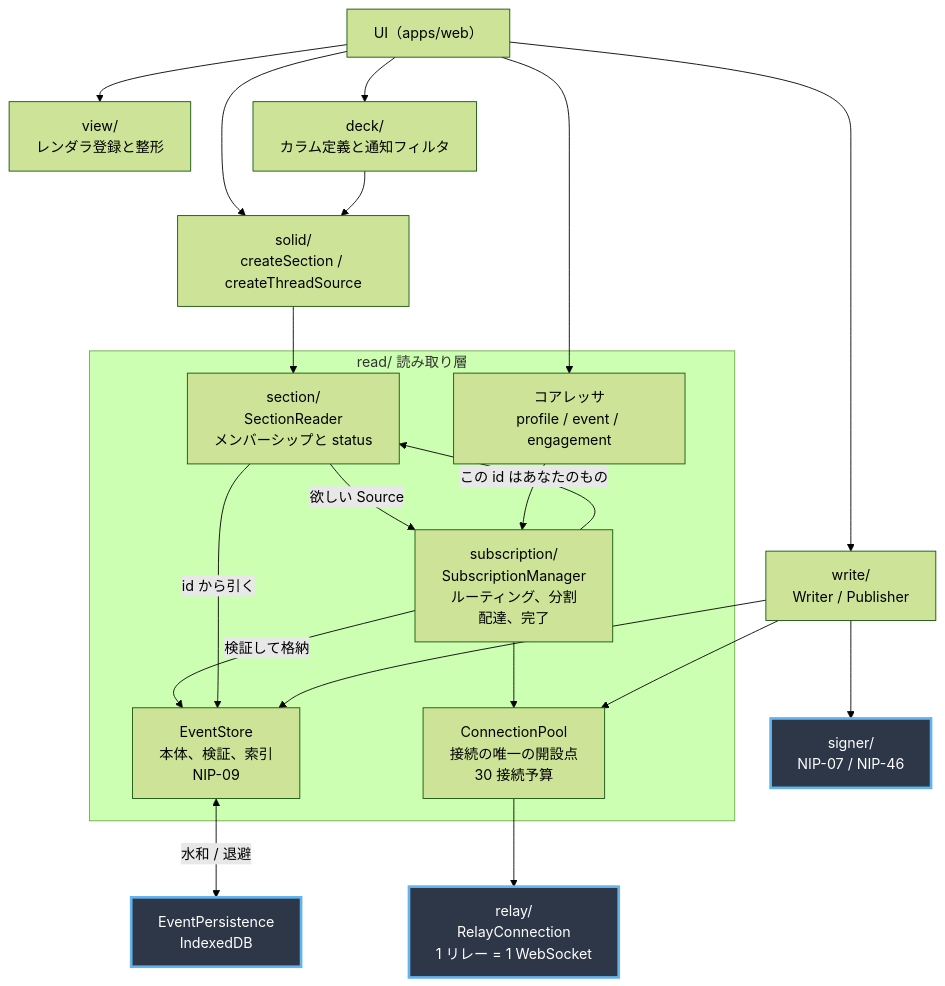
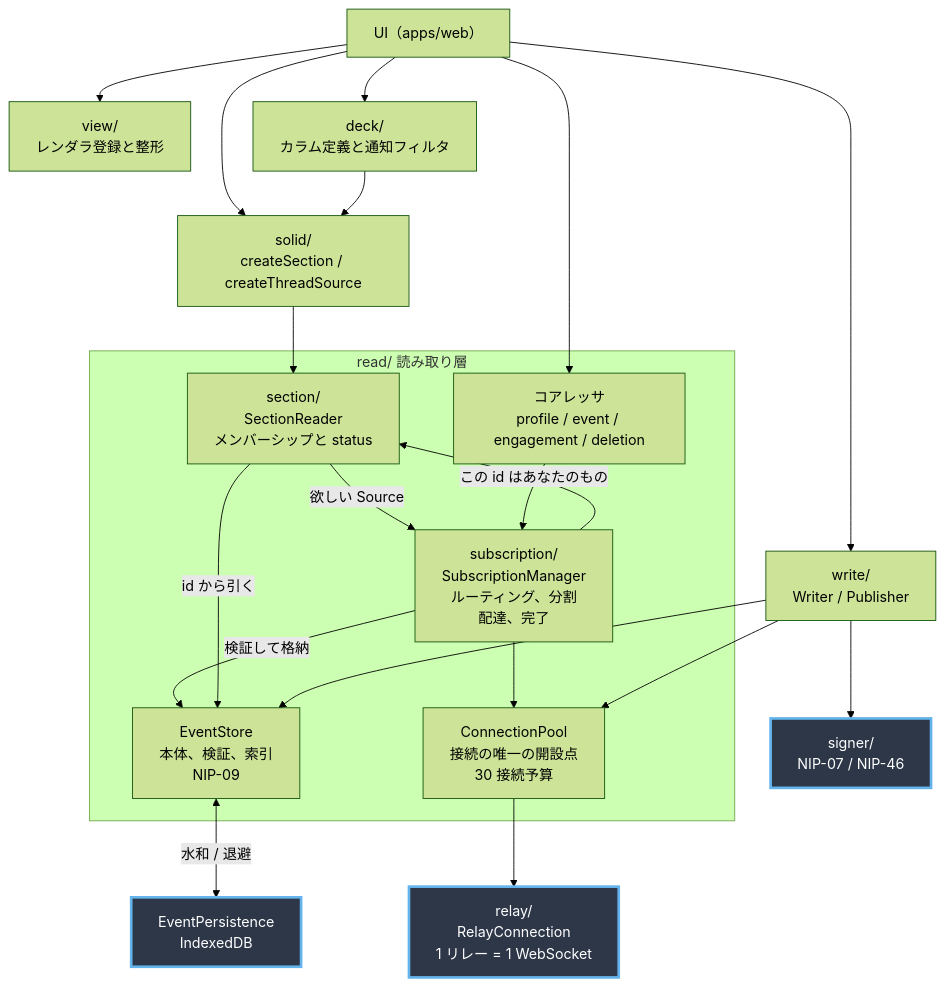
The first of 2 diagrams in packages/core/src/README.md (eyemono-moe/streets), drawn with Mermaid (forest theme) before and after one commit. The commit also changed 9 other files, not shown here.

````diff
--- a/packages/core/src/README.md
+++ b/packages/core/src/README.md
@@ -9,38 +9,38 @@
 ```mermaid
 graph TD
   UI["UI（apps/web）"]
   SOL["solid/<br/>createSection / createThreadSource"]
 
   subgraph RL["read/ 読み取り層"]
     SEC["section/<br/>SectionReader<br/>メンバーシップと status"]
     SUB["subscription/<br/>SubscriptionManager<br/>ルーティング、分割<br/>配達、完了"]
     POOL["ConnectionPool<br/>接続の唯一の開設点<br/>30 接続予算"]
     ES["EventStore<br/>本体、検証、索引<br/>NIP-09"]
-    REQ["コアレッサ<br/>profile / event / engagement"]
+    REQ["コアレッサ<br/>profile / event / engagement / deletion"]
   end
 
   W["write/<br/>Writer / Publisher"]
   SG["signer/<br/>NIP-07 / NIP-46"]
   RC["relay/<br/>RelayConnection<br/>1 リレー = 1 WebSocket"]
   EP["EventPersistence<br/>IndexedDB"]
   V["view/<br/>レンダラ登録と整形"]
   D["deck/<br/>カラム定義と通知フィルタ"]
 
   UI --> SOL --> SEC
   UI --> V
   UI --> D --> SOL
   SEC -->|"欲しい Source"| SUB
   SUB -->|"検証して格納"| ES
   SUB -->|"この id はあなたのもの"| SEC
   SEC -->|"id から引く"| ES
   SUB --> POOL --> RC
   ES <-->|"水和 / 退避"| EP
   UI --> W --> SG
   W --> ES
   W --> POOL
   REQ --> SUB
   UI --> REQ
 
   classDef seam fill:#2d3748,stroke:#63b3ed,stroke-width:3px,color:#fff
   class RC,EP,SG seam
 ```
````
